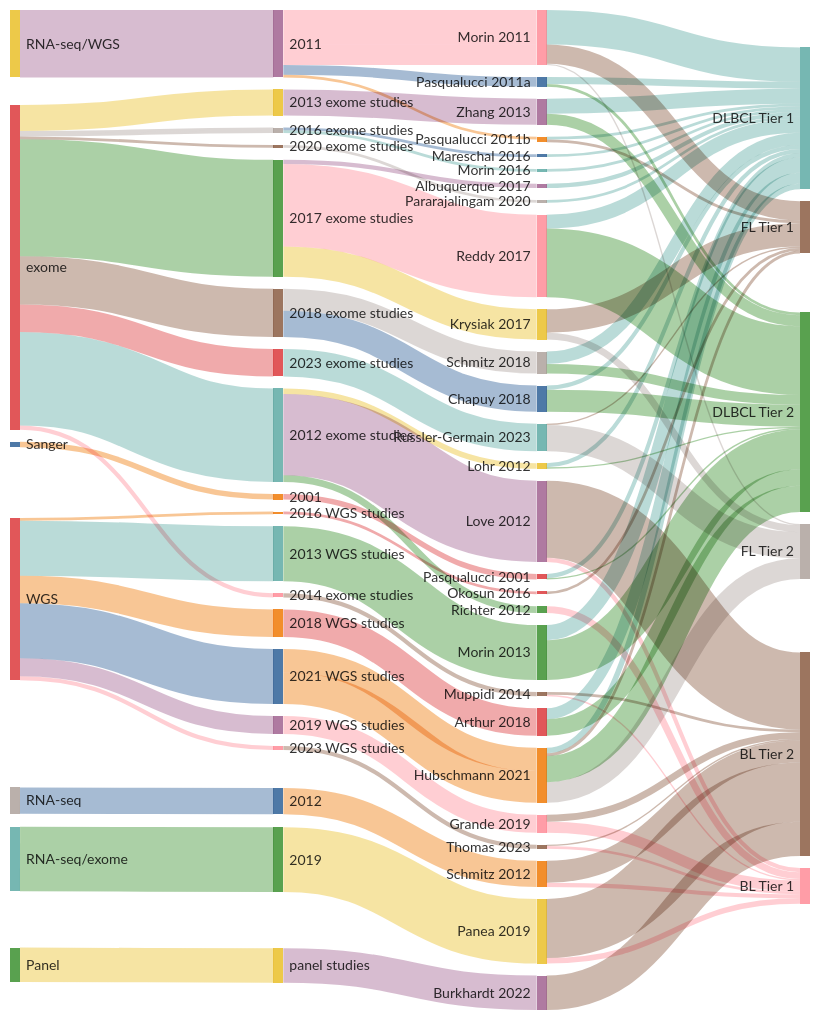
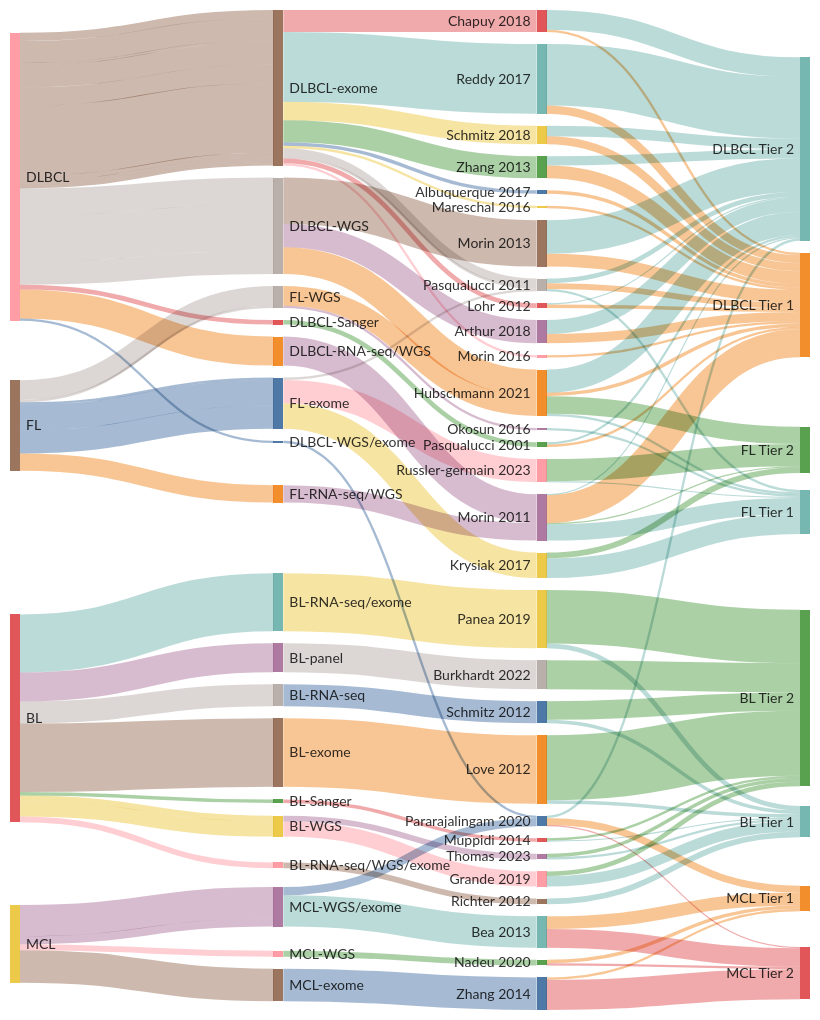
The diagram in Home.md (morinlab/lymphopedia), drawn with Mermaid before and after one commit. The commit also changed other lines of this file, not shown here.

Commit message:
Updated Home (markdown)

````diff
--- a/Home.md
+++ b/Home.md
@@ -24,130 +24,131 @@
     nodeAlignment: right
 ---
 sankey-beta
-
-Sanger, 2001, 4
-2001, Pasqualucci 2001, 4
-Pasqualucci 2001, DLBCL Tier 1, 3
-Pasqualucci 2001, DLBCL Tier 2, 1
-
-RNA-seq/WGS, 2011, 49
-2011, Morin 2011, 25
-Morin 2011, DLBCL Tier 1, 25
-2011, Morin 2011, 15
+Albuquerque 2017, DLBCL Tier 1, 3
+Lohr 2012, DLBCL Tier 1, 3
+Lohr 2012, DLBCL Tier 2, 1
+Pasqualucci 2001, DLBCL Tier 1, 2
+Pasqualucci 2001, DLBCL Tier 2, 2
+Mareschal 2016, DLBCL Tier 1, 2
+Arthur 2018, DLBCL Tier 1, 8
+Arthur 2018, DLBCL Tier 2, 12
+Morin 2016, DLBCL Tier 1, 2
+Morin 2013, DLBCL Tier 1, 11
+Morin 2013, DLBCL Tier 2, 29
+Pasqualucci 2011, DLBCL Tier 1, 2
+Pararajalingam 2020, DLBCL Tier 2, 2
+Hubschmann 2021, DLBCL Tier 1, 3
+Hubschmann 2021, DLBCL Tier 2, 20
+Chapuy 2018, DLBCL Tier 1, 2
+Chapuy 2018, DLBCL Tier 2, 17
+Pasqualucci 2011, DLBCL Tier 1, 3
+Pasqualucci 2011, DLBCL Tier 2, 4
+Reddy 2017, DLBCL Tier 1, 7
+Reddy 2017, DLBCL Tier 2, 53
+Zhang 2013, DLBCL Tier 1, 11
+Zhang 2013, DLBCL Tier 2, 8
+Schmitz 2018, DLBCL Tier 1, 7
+Schmitz 2018, DLBCL Tier 2, 9
+Morin 2011, DLBCL Tier 1, 24
+Morin 2011, DLBCL Tier 2, 1
+DLBCL, DLBCL-exome, 7
+DLBCL-exome, Pasqualucci 2011, 7
+DLBCL, DLBCL-exome, 19
+DLBCL-exome, Chapuy 2018, 19
+DLBCL, DLBCL-WGS, 23
+DLBCL-WGS, Hubschmann 2021, 23
+DLBCL, DLBCL-WGS/exome, 2
+DLBCL-WGS/exome, Pararajalingam 2020, 2
+DLBCL, DLBCL-exome, 2
+DLBCL-exome, Pasqualucci 2011, 2
+DLBCL, DLBCL-RNA-seq/WGS, 25
+DLBCL-RNA-seq/WGS, Morin 2011, 25
+DLBCL, DLBCL-exome, 19
+DLBCL-exome, Zhang 2013, 19
+DLBCL, DLBCL-exome, 16
+DLBCL-exome, Schmitz 2018, 16
+DLBCL, DLBCL-exome, 60
+DLBCL-exome, Reddy 2017, 60
+DLBCL, DLBCL-exome, 4
+DLBCL-exome, Lohr 2012, 4
+DLBCL, DLBCL-exome, 3
+DLBCL-exome, Albuquerque 2017, 3
+DLBCL, DLBCL-exome, 2
+DLBCL-exome, Morin 2016, 2
+DLBCL, DLBCL-WGS, 40
+DLBCL-WGS, Morin 2013, 40
+DLBCL, DLBCL-exome, 2
+DLBCL-exome, Mareschal 2016, 2
+DLBCL, DLBCL-WGS, 20
+DLBCL-WGS, Arthur 2018, 20
+DLBCL, DLBCL-Sanger, 4
+DLBCL-Sanger, Pasqualucci 2001, 4
+Pasqualucci 2011, FL Tier 1, 2
+Hubschmann 2021, FL Tier 1, 2
+Hubschmann 2021, FL Tier 2, 15
+Krysiak 2017, FL Tier 1, 17
+Krysiak 2017, FL Tier 2, 5
 Morin 2011, FL Tier 1, 14
 Morin 2011, FL Tier 2, 1
-2011, Pasqualucci 2011a, 7
-Pasqualucci 2011a, DLBCL Tier 1, 5
-Pasqualucci 2011a, DLBCL Tier 2, 2
-2011, Pasqualucci 2011b, 2
-Pasqualucci 2011b, FL Tier 1, 2
-Pasqualucci 2011b, DLBCL Tier 1, 2
-
-exome, 2012 exome studies, 68
-2012 exome studies, Richter 2012, 5
-2012 exome studies, Lohr 2012, 4
-2012 exome studies, Love 2012, 59
-
+Okosun 2016, FL Tier 1, 2
+Russler-germain 2023, FL Tier 1, 1
+Russler-germain 2023, FL Tier 2, 19
+FL, FL-WGS, 17
+FL-WGS, Hubschmann 2021, 17
+FL, FL-exome, 2
+FL-exome, Pasqualucci 2011, 2
+FL, FL-RNA-seq/WGS, 15
+FL-RNA-seq/WGS, Morin 2011, 15
+FL, FL-exome, 22
+FL-exome, Krysiak 2017, 22
+FL, FL-exome, 20
+FL-exome, Russler-germain 2023, 20
+FL, FL-WGS, 2
+FL-WGS, Okosun 2016, 2
+Muppidi 2014, BL Tier 1, 1
+Muppidi 2014, BL Tier 2, 2
+Panea 2019, BL Tier 1, 4
+Panea 2019, BL Tier 2, 46
+Thomas 2023, BL Tier 1, 2
+Thomas 2023, BL Tier 2, 3
+Grande 2019, BL Tier 1, 9
+Grande 2019, BL Tier 2, 4
 Richter 2012, BL Tier 1, 5
-Lohr 2012, DLBCL Tier 1, 3
-Lohr 2012, DLBCL Tier 2, 1
+Burkhardt 2022, BL Tier 2, 25
+Schmitz 2012, BL Tier 1, 3
+Schmitz 2012, BL Tier 2, 16
 Love 2012, BL Tier 1, 3
 Love 2012, BL Tier 2, 56
-
-RNA-seq, 2012 , 19
-2012 , Schmitz 2012, 19
-Schmitz 2012, BL Tier 1, 3
-Schmitz 2012, BL Tier 2, 16
-
-WGS, 2013 WGS studies, 40
-2013 WGS studies, Morin 2013, 40
-Morin 2013, DLBCL Tier 1, 11
-Morin 2013, DLBCL Tier 2, 29
-
-
-exome, 2013 exome studies, 19
-2013 exome studies, Zhang 2013, 19
-Zhang 2013, DLBCL Tier 1, 11
-Zhang 2013, DLBCL Tier 2, 8
-
-exome, 2014 exome studies, 3
-2014 exome studies, Muppidi 2014, 3
-Muppidi 2014, BL Tier 1, 1
-Muppidi 2014, BL Tier 2, 2
-
-exome, 2016 exome studies, 2
-2016 exome studies, Mareschal 2016, 2
-Mareschal 2016, DLBCL Tier 1, 2
-
-WGS, 2016 WGS studies, 2
-2016 WGS studies, Okosun 2016, 2
-Okosun 2016, FL Tier 1, 2
-
-exome, 2016 exome studies, 2
-2016 exome studies, Morin 2016, 2
-Morin 2016, DLBCL Tier 1, 2
-
-exome, 2017 exome studies, 85
-2017 exome studies, Krysiak 2017, 22
-Krysiak 2017, FL Tier 1, 17
-Krysiak 2017, FL Tier 2, 5
-
-
-2017 exome studies, Albuquerque 2017, 3
-Albuquerque 2017, DLBCL Tier 1, 3
-
-2017 exome studies, Reddy 2017, 60
-Reddy 2017, DLBCL Tier 2, 50
-Reddy 2017, DLBCL Tier 1, 10
-
-exome, 2018 exome studies, 35
-2018 exome studies, Schmitz 2018, 16
-Schmitz 2018, DLBCL Tier 2, 7
-Schmitz 2018, DLBCL Tier 1, 9
-
-2018 exome studies, Chapuy 2018, 19
-Chapuy 2018, DLBCL Tier 2, 16
-Chapuy 2018, DLBCL Tier 1, 3
-
-WGS, 2018 WGS studies, 20
-2018 WGS studies, Arthur 2018, 20
-Arthur 2018, DLBCL Tier 2, 12
-Arthur 2018, DLBCL Tier 1, 8
-
-RNA-seq/exome,2019 ,47
-2019 , Panea 2019, 47
-Panea 2019, BL Tier 2, 43
-Panea 2019, BL Tier 1, 4
-
-WGS,2019 WGS studies,13
-2019 WGS studies, Grande 2019, 13
-Grande 2019, BL Tier 1, 8
-Grande 2019, BL Tier 2, 5
-
-exome, 2020 exome studies, 2
-2020 exome studies, Pararajalingam 2020, 2
-Pararajalingam 2020, DLBCL Tier 1, 2
-
-WGS, 2021 WGS studies, 40
-2021 WGS studies, Hubschmann 2021, 17
-2021 WGS studies, Hubschmann 2021, 23
-Hubschmann 2021, FL Tier 2, 15
-Hubschmann 2021, FL Tier 1, 2
-Hubschmann 2021, DLBCL Tier 1, 4
-Hubschmann 2021, DLBCL Tier 2, 19
-
-exome, 2023 exome studies, 20
-2023 exome studies, Russler-Germain 2023, 20
-Russler-Germain 2023, FL Tier 1, 1
-Russler-Germain 2023, FL Tier 2, 19
-
-Panel, panel studies, 25
-panel studies, Burkhardt 2022, 25
-Burkhardt 2022, BL Tier 2, 25
-
-WGS, 2023 WGS studies, 3
-2023 WGS studies, Thomas 2023, 3
-Thomas 2023, BL Tier 2, 1
-Thomas 2023, BL Tier 1, 2
-
+BL, BL-RNA-seq/exome, 50
+BL-RNA-seq/exome, Panea 2019, 50
+BL, BL-Sanger, 3
+BL-Sanger, Muppidi 2014, 3
+BL, BL-WGS, 5
+BL-WGS, Thomas 2023, 5
+BL, BL-panel, 25
+BL-panel, Burkhardt 2022, 25
+BL, BL-WGS, 13
+BL-WGS, Grande 2019, 13
+BL, BL-RNA-seq/WGS/exome, 5
+BL-RNA-seq/WGS/exome, Richter 2012, 5
+BL, BL-exome, 59
+BL-exome, Love 2012, 59
+BL, BL-RNA-seq, 19
+BL-RNA-seq, Schmitz 2012, 19
+Zhang 2014, MCL Tier 1, 2
+Zhang 2014, MCL Tier 2, 26
+Bea 2013, MCL Tier 1, 11
+Bea 2013, MCL Tier 2, 16
+Nadeu 2020, MCL Tier 1, 3
+Nadeu 2020, MCL Tier 2, 2
+Pararajalingam 2020, MCL Tier 1, 6
+Pararajalingam 2020, MCL Tier 2, 1
+MCL, MCL-WGS/exome, 27
+MCL-WGS/exome, Bea 2013, 27
+MCL, MCL-WGS/exome, 7
+MCL-WGS/exome, Pararajalingam 2020, 7
+MCL, MCL-WGS, 5
+MCL-WGS, Nadeu 2020, 5
+MCL, MCL-exome, 28
+MCL-exome, Zhang 2014, 28
 ```
````
